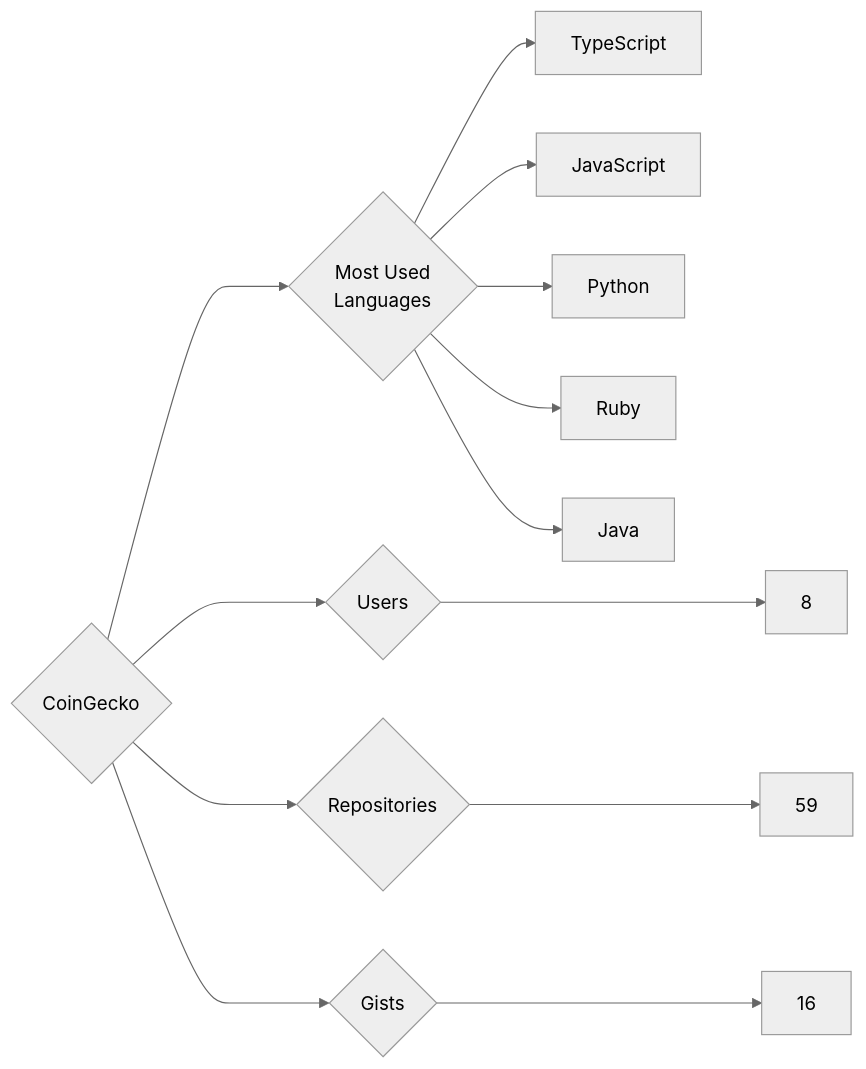
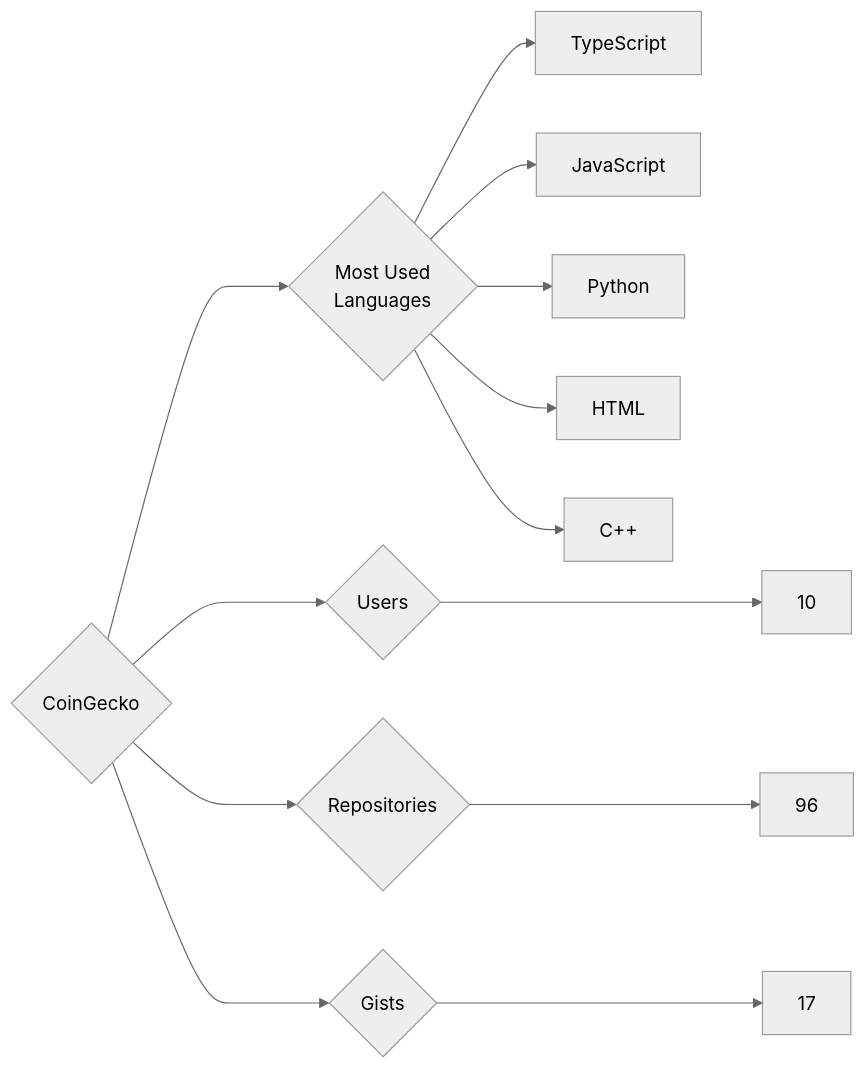
The diagram in targets/CoinGecko/README.md (trickest/insiders), drawn with Mermaid (neutral theme) before and after one commit. The commit also changed 1148 other files, not shown here.

````diff
--- a/targets/CoinGecko/README.md
+++ b/targets/CoinGecko/README.md
@@ -3,13 +3,13 @@
 ```mermaid
 graph LR
 COMPANY_NAME{CoinGecko}
-COMPANY_NAME ---> U{Users} ---> UN[8]
-COMPANY_NAME ---> R{Repositories} ---> RN[59]
-COMPANY_NAME ---> G{Gists} ---> GN[16]
+COMPANY_NAME ---> U{Users} ---> UN[10]
+COMPANY_NAME ---> R{Repositories} ---> RN[96]
+COMPANY_NAME ---> G{Gists} ---> GN[17]
 COMPANY_NAME ---> ML{Most Used<br>Languages}
 ML --> TypeScript[TypeScript]
 ML --> JavaScript[JavaScript]
 ML --> Python[Python]
-ML --> Ruby[Ruby]
-ML --> Java[Java]
+ML --> HTML[HTML]
+ML --> C++[C++]
 ```
````
